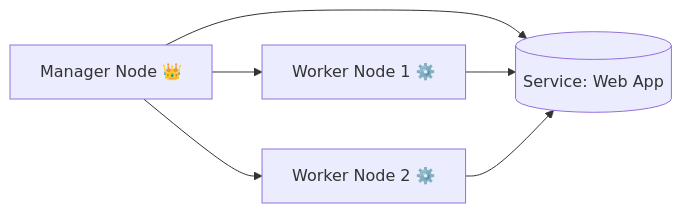
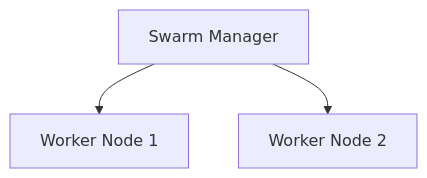
The diagram in Swarm Quick Guide.md (scifigurmeet/devops2), drawn with Mermaid before and after one commit. The commit also changed other lines of this file, not shown here.

Commit message:
Update Swarm Quick Guide.md

````diff
--- a/Swarm Quick Guide.md
+++ b/Swarm Quick Guide.md
@@ -37,8 +27,9 @@
 ```mermaid
-flowchart LR
-    A[Manager Node 👑] --> B[Worker Node 1 ⚙️]
-    A --> C[Worker Node 2 ⚙️]
-    A --> D[(Service: Web App)]
-    B --> D
-    C --> D
+graph TD
+    Manager[Swarm Manager]
+    Worker1[Worker Node 1]
+    Worker2[Worker Node 2]
+
+    Manager --> Worker1
+    Manager --> Worker2
 ```
````
